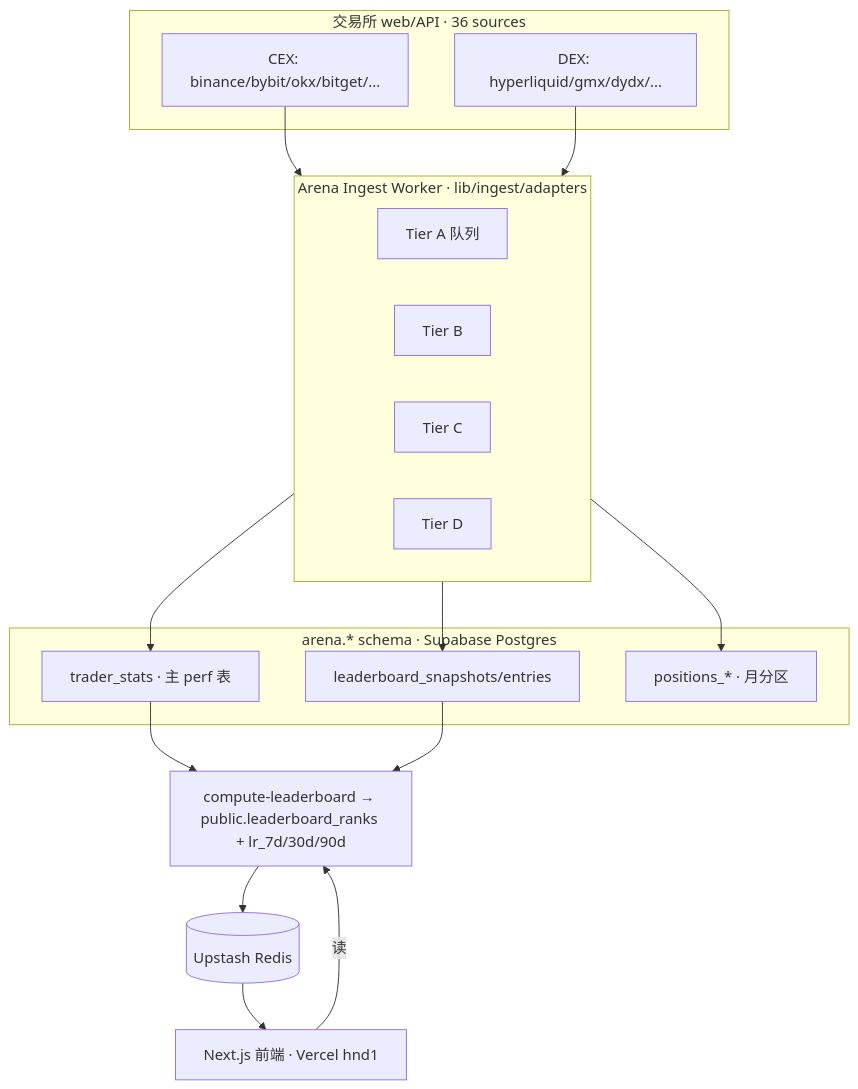
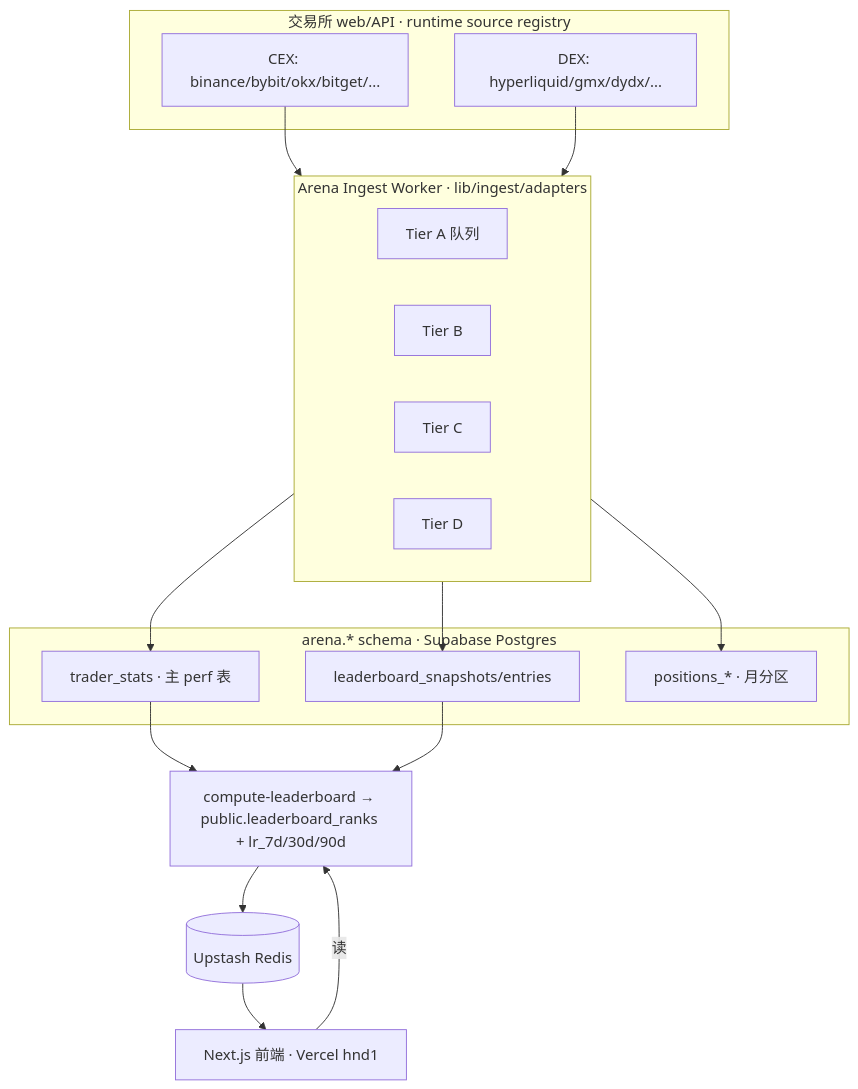
Before and after one commit to Adeline117/ranking-arena: the first of 4 diagrams in docs/ARCHITECTURE.md, drawn with Mermaid. The commit also changed other lines of this file and 3 other files, not shown here.

````diff
--- a/docs/ARCHITECTURE.md
+++ b/docs/ARCHITECTURE.md
@@ -9,36 +12,36 @@
 ```mermaid
 graph TD
-  subgraph Sources[交易所 web/API · 36 sources]
+  subgraph Sources[交易所 web/API · runtime source registry]
     CEX[CEX: binance/bybit/okx/bitget/...]
     DEX[DEX: hyperliquid/gmx/dydx/...]
   end
 
   subgraph Ingest[Arena Ingest Worker · lib/ingest/adapters]
     direction LR
     A[Tier A 队列]
     B[Tier B]
     C[Tier C]
     D[Tier D]
   end
 
   subgraph ArenaSchema[arena.* schema · Supabase Postgres]
     SNAP[leaderboard_snapshots/entries]
     STATS[trader_stats · 主 perf 表]
     POS[positions_* · 月分区]
   end
 
   Serving[compute-leaderboard → public.leaderboard_ranks + lr_7d/30d/90d]
   Redis[(Upstash Redis)]
   FE[Next.js 前端 · Vercel hnd1]
 
   CEX --> Ingest
   DEX --> Ingest
   Ingest --> SNAP
   Ingest --> STATS
   Ingest --> POS
   STATS --> Serving
   SNAP --> Serving
   Serving --> Redis
   Redis --> FE
   FE -->|读| Serving
 ```
````
